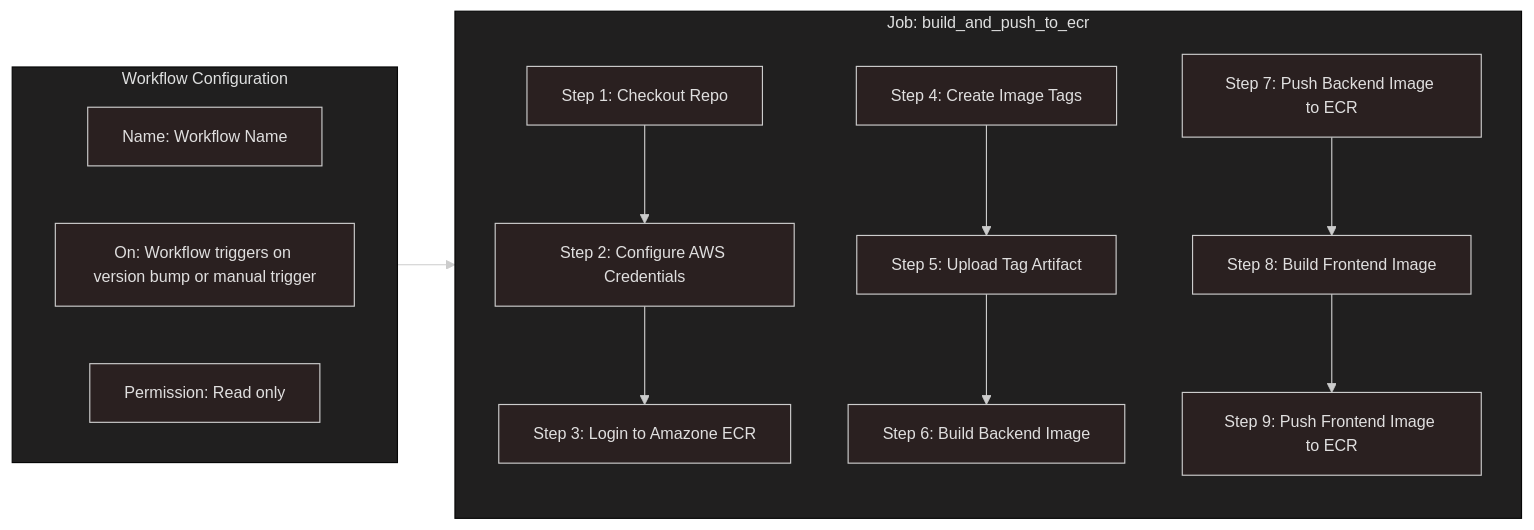
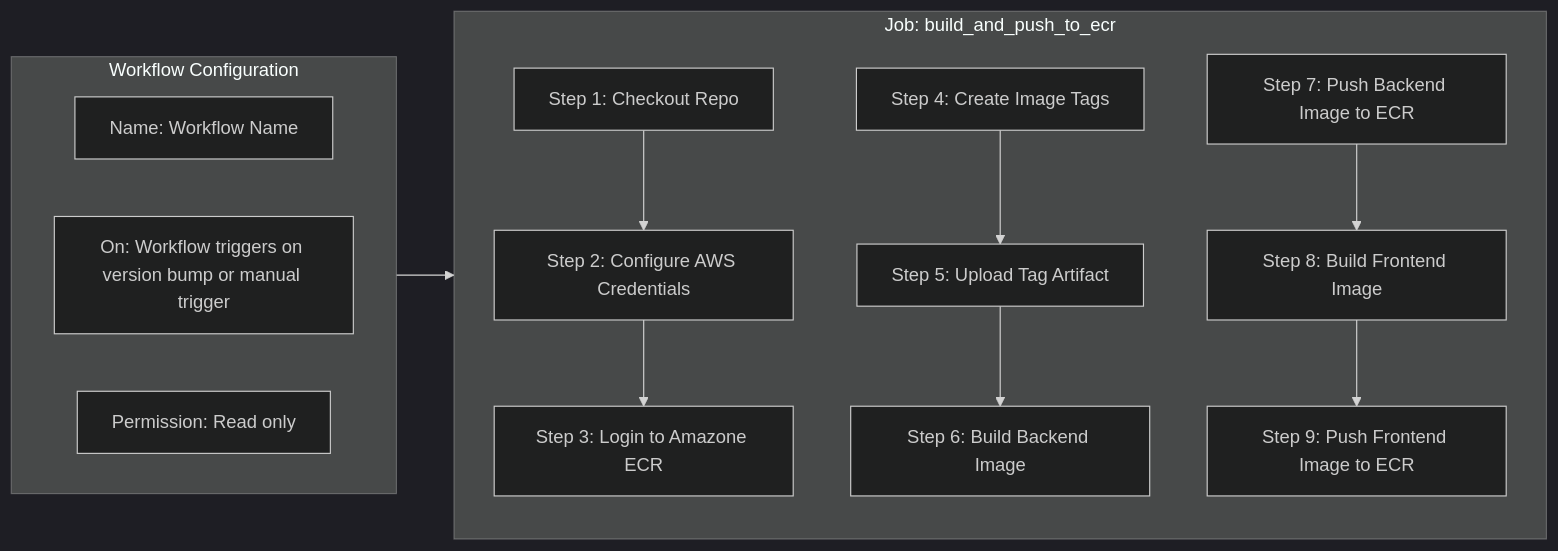
The fourth of 5 diagrams in DEV1004_A1_docs/PLANNING_AND_ARCHITECTURE.md (jordanleal12/century-screening-room-multi-container-application), drawn with Mermaid before and after one commit. The commit also changed other lines of this file and 1 other file, not shown here.

````diff
--- a/DEV1004_A1_docs/PLANNING_AND_ARCHITECTURE.md
+++ b/DEV1004_A1_docs/PLANNING_AND_ARCHITECTURE.md
@@ -262,30 +262,30 @@
 ```mermaid
 ---
 config:
   layout: dagre
-  theme: neo-dark
+  theme: dark
 ---
     flowchart LR
     subgraph workflow_config["Workflow Configuration"]
         direction LR
         L1[Name: Workflow Name]
         L2[On: Workflow triggers on version bump or manual trigger]
         L3[Permission: Read only]
     end
     subgraph build_and_push["Job: build_and_push_to_ecr"]
         direction TB
         L4[Step 1: Checkout Repo]
         L5[Step 2: Configure AWS Credentials]
         L6[Step 3: Login to Amazone ECR]
         L7[Step 4: Create Image Tags]
         L8[Step 5: Upload Tag Artifact]
         L9[Step 6: Build Backend Image]
         L10[Step 7: Push Backend Image to ECR]
         L11[Step 8: Build Frontend Image]
         L12[Step 9: Push Frontend Image to ECR]
         L4 --> L5 --> L6
         L7 --> L8 --> L9
         L10 --> L11 --> L12
     end
     workflow_config --> build_and_push
 ```
````
